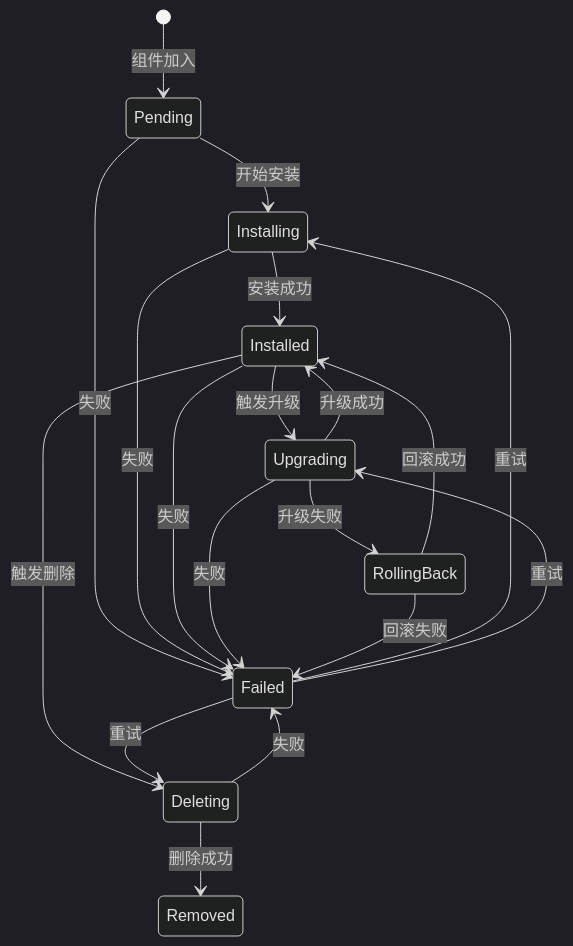
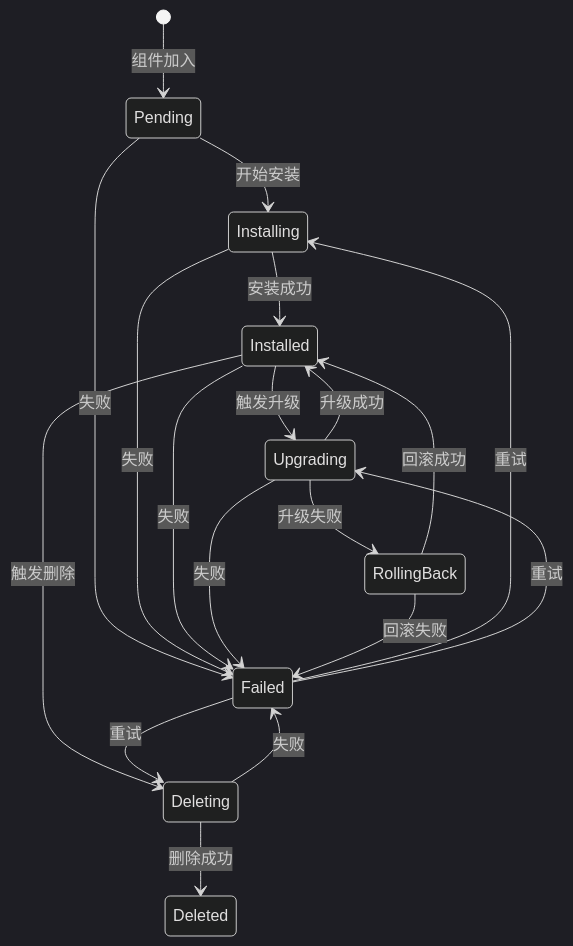
The third of 3 diagrams in code/kep/kep6/kep6-state-machine-v3.md (javadoors/cluster-api-provider-bke), drawn with Mermaid (dark theme) before and after one commit. The commit also changed other lines of this file, not shown here.

First line of the commit message:
docs: unify delete state naming to Deleted

````diff
--- a/code/kep/kep6/kep6-state-machine-v3.md
+++ b/code/kep/kep6/kep6-state-machine-v3.md
@@ -971,28 +971,28 @@
 ```mermaid
 stateDiagram-v2
     [*] --> Pending : 组件加入
     
     Pending --> Installing : 开始安装
     Pending --> Failed : 失败
     
     Installing --> Installed : 安装成功
     Installing --> Failed : 失败
     
     Installed --> Upgrading : 触发升级
     Installed --> Deleting : 触发删除
     Installed --> Failed : 失败
     
     Upgrading --> Installed : 升级成功
     Upgrading --> RollingBack : 升级失败
     Upgrading --> Failed : 失败
     
     RollingBack --> Installed : 回滚成功
     RollingBack --> Failed : 回滚失败
     
-    Deleting --> Removed : 删除成功
+    Deleting --> Deleted : 删除成功
     Deleting --> Failed : 失败
     
     Failed --> Installing : 重试
     Failed --> Upgrading : 重试
     Failed --> Deleting : 重试
 ```
````
